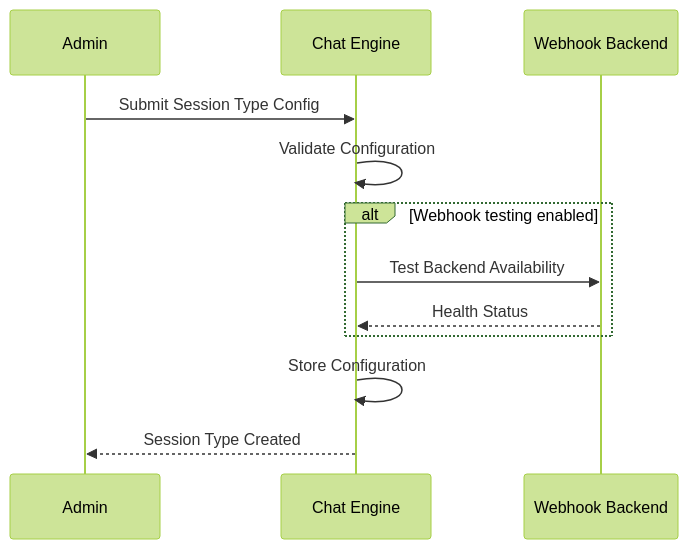
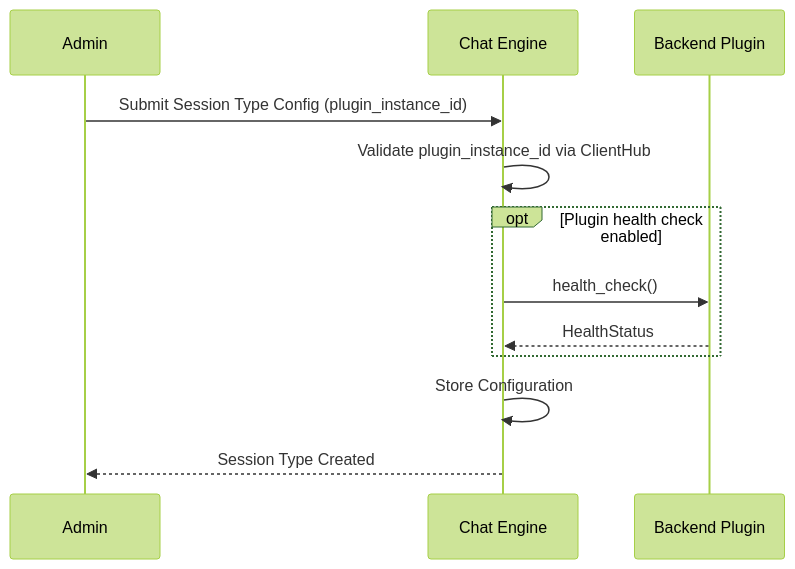
One commit to Ritmix3300/cyberfabric-core changed the second of 16 diagrams in modules/chat_engine/DESIGN.md. Above: the diagram before and after it, drawn with Mermaid (forest theme). The commit also changed other lines of this file and 26 other files, not shown here.

Commit message:
replace webhook backend with backend plugin

````diff
--- a/modules/chat_engine/DESIGN.md
+++ b/modules/chat_engine/DESIGN.md
@@ -514,18 +510,18 @@
 ```mermaid
 sequenceDiagram
     participant Admin
     participant Chat Engine
-    participant Webhook Backend
+    participant Backend Plugin
 
-    Admin->>Chat Engine: Submit Session Type Config
-    Chat Engine->>Chat Engine: Validate Configuration
+    Admin->>Chat Engine: Submit Session Type Config (plugin_instance_id)
+    Chat Engine->>Chat Engine: Validate plugin_instance_id via ClientHub
 
-    alt Webhook testing enabled
-        Chat Engine->>Webhook Backend: Test Backend Availability
-        Webhook Backend-->>Chat Engine: Health Status
+    opt Plugin health check enabled
+        Chat Engine->>Backend Plugin: health_check()
+        Backend Plugin-->>Chat Engine: HealthStatus
     end
 
     Chat Engine->>Chat Engine: Store Configuration
 
     Chat Engine-->>Admin: Session Type Created
 ```
````
